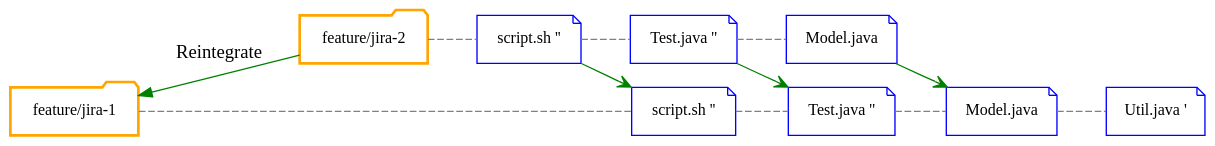
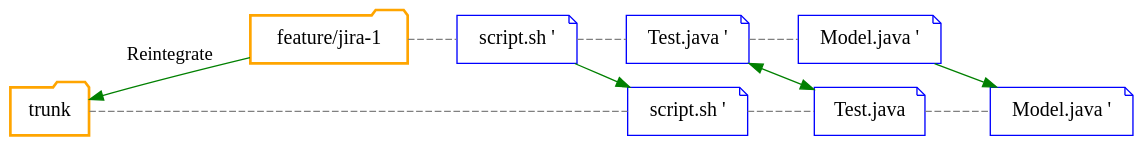
One commit to Gepardec/git-training changed the diagram in slides/intro/src/docs/asciidoc/graphviz/svn-reintegrate.dot. Above: the diagram before and after it, drawn with Graphviz. The commit also changed 15 other files, not shown here.

Commit message:
- Modified README.adoc to explain how to install graphviz - Modified graphs of theoretical part - Finished theoretical part

```diff
--- a/slides/intro/src/docs/asciidoc/graphviz/svn-reintegrate.dot
+++ b/slides/intro/src/docs/asciidoc/graphviz/svn-reintegrate.dot
@@ -1,34 +1,33 @@
-digraph svn_reintegrate {
+digraph svn_merge {
     rankdir="LR";
     bgcolor="transparent";
 
-    node[shape=folder,fontsize=12.0,color=orange];
+    node[width=0.3, shape=folder,fontsize=15.0,color=orange];
+    "trunk"[label="trunk",group="trunk",style="bold"];
     "feature_1"[label="feature/jira-1",group="feature_1",style="bold"];
-    "feature_2"[label="feature/jira-2",group="feature_2",style="bold"];
 
-    node[shape=note,fontsize=12.0,color=blue];
-    "file__1"[label="script.sh ''",group="feature_1"]
-    "file__2"[label="Test.java ''",group="feature_1"]
-    "file__3"[label="Model.java",group="feature_1"]
-    "file__4"[label="Util.java '",group="feature_1"]
-    "file___1"[label="script.sh ''",group="feature_2"]
-    "file___2"[label="Test.java ''",group="feature_2"]
-    "file___3"[label="Model.java",group="feature_2"]
+    node[ shape=note,fontsize=15.0];
+    "file__1"[label="script.sh '",group="trunk",color="blue"]
+    "file__2"[label="Test.java",group="trunk",color="blue"]
+    "file__3"[label="Model.java '",group="trunk",color="blue"]
+    "file___1"[label="script.sh '",group="feature_1",color="blue"]
+    "file___2"[label="Test.java '",group="feature_1",color="blue"]
+    "file___3"[label="Model.java '",group="feature_1",color="blue"]
 
-    edge[arrowhead=open,dir="back"];
-    "feature_1" -> "feature_2"[label="Reintegrate",color="green"];
+    edge[dir="back"];
+    "trunk" -> "feature_1"[label="Reintegrate",color=green];
 
     edge[arrowhead=none,dir="forward",style=dashed,color=gray];
-    "feature_1" -> "file__1";
-    "feature_2" -> "file___1";
+    "trunk" -> "file__1";
+    "feature_1" -> "file___1";
     "file__1" -> "file__2";
     "file__2" -> "file__3";
-    "file__3" -> "file__4";
     "file___1" -> "file___2";
     "file___2" -> "file___3";
 
-    edge[arrowhead=open,style="",color="green"];
+    edge[arrowhead="",style="",color="green"];
     "file___1" -> "file__1"
-    "file___2" -> "file__2"
+    "file___2" -> "file__2" [dir=both]
     "file___3" -> "file__3"
+
 }
```
